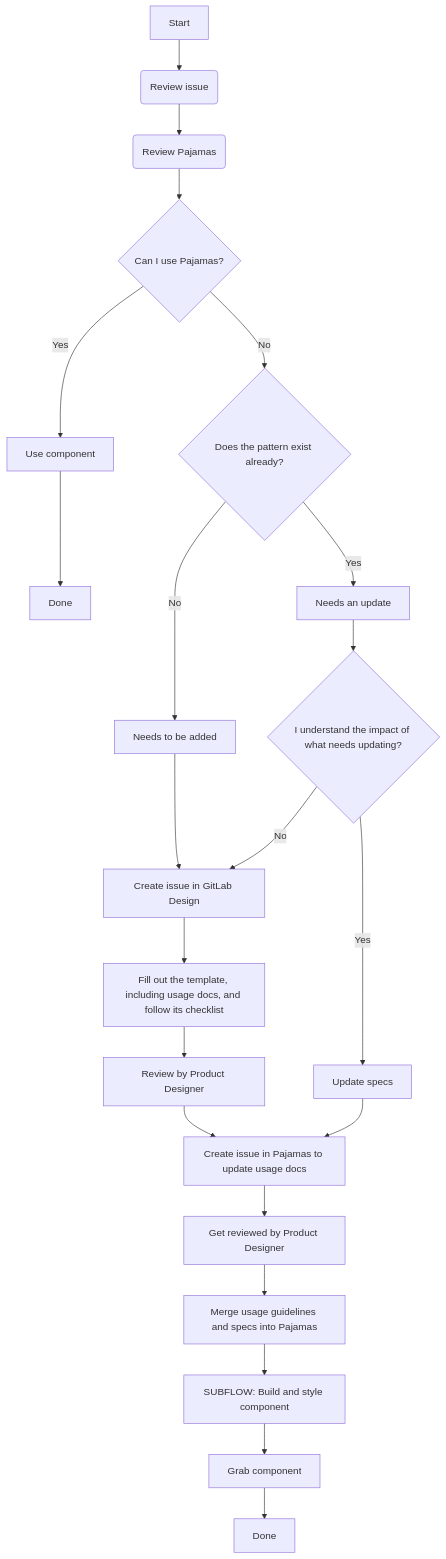
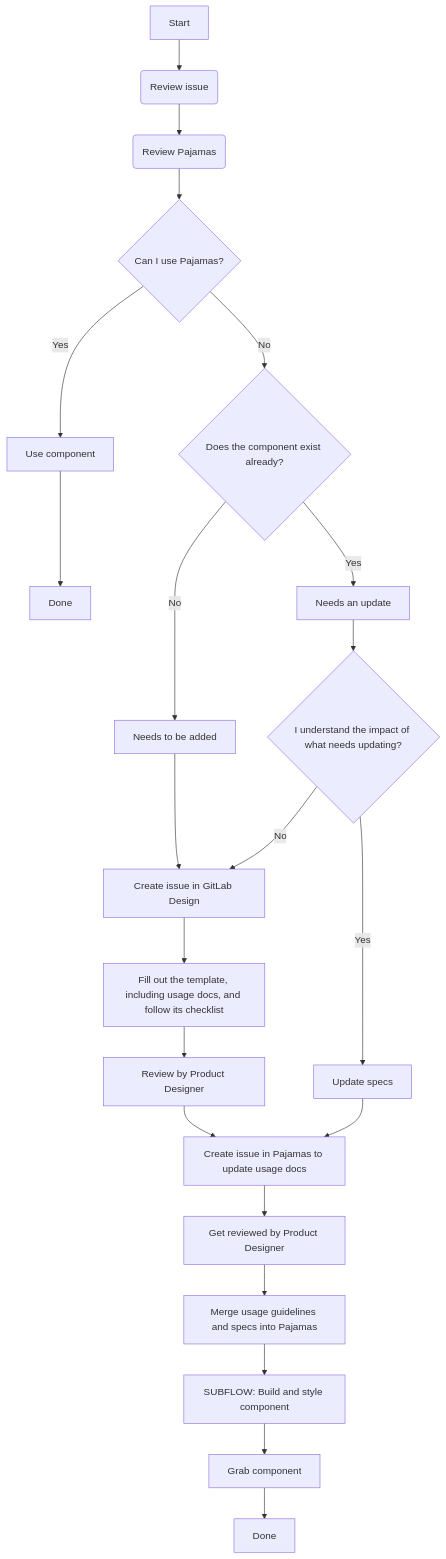
The diagram in doc/component-lifecycle.md (khulnasoft-lab/design.khulnasoft.com), drawn with Mermaid before and after one commit.

Commit message:
Apply suggestion to doc/component-lifecycle.md

````diff
--- a/doc/component-lifecycle.md
+++ b/doc/component-lifecycle.md
@@ -46,28 +46,28 @@
 ```mermaid
 graph TD;
 A[Start] -->B(Review issue)
 B--> C(Review Pajamas)
 click C "https://design.gitlab.com"
 C-->D{Can I use Pajamas?}
 D -->|Yes| E[Use component]
 E --> F[Done]
-D -->|No| G{Does the pattern exist already?}
+D -->|No| G{Does the component exist already?}
 G-->|No| H[Needs to be added]
 H-->I[Create issue in GitLab Design]
 click I "https://gitlab.com/gitlab-org/gitlab-design/issues/new?issuable_template=UX%20Pattern"
 I-->J[Fill out the template, including usage docs, and follow its checklist]
 J-->K[Review by Product Designer]
 K-->L[Create issue in Pajamas to update usage docs]
 click L "https://gitlab.com/gitlab-org/gitlab-services/design.gitlab.com/issues/new"
 L-->M[Get reviewed by Product Designer]
 M-->N[Merge usage guidelines and specs into Pajamas]
 N-->O[SUBFLOW: Build and style component]
 click O "https://gitlab.com/gitlab-org/gitlab-ui/blob/master/doc/component-lifecycle.md"
 O-->P[Grab component]
 P-->Q[Done]
 G-->|Yes| R[Needs an update]
 R-->S{I understand the impact of what needs updating?}
 S-->|Yes| T[Update specs]
 T-->L
 S-->|No| I
 ```
````
